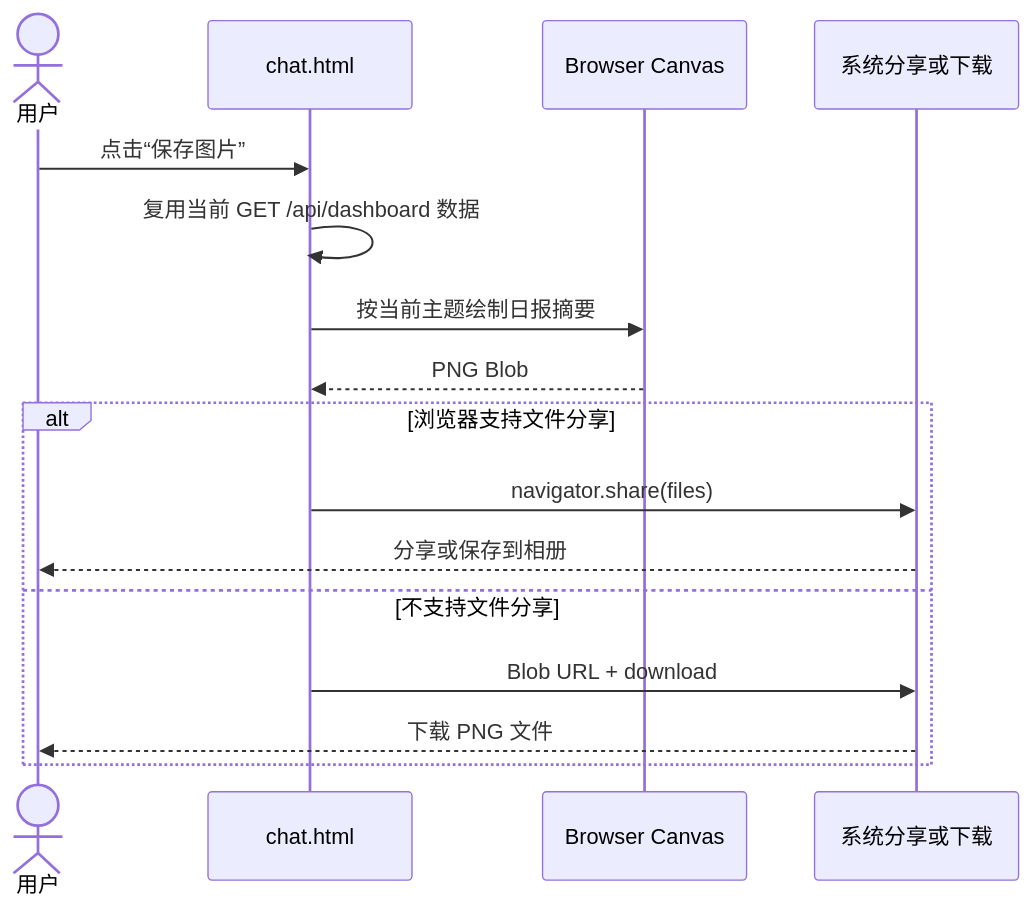
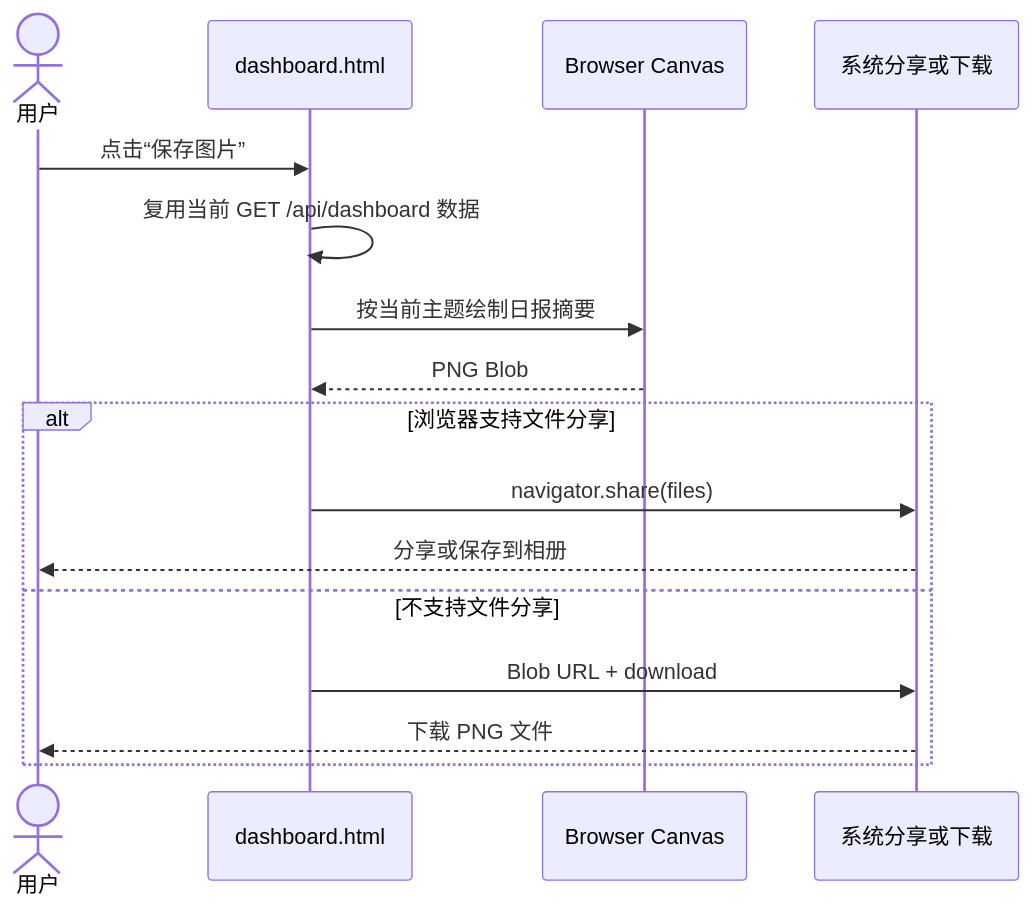
The seventh of 7 diagrams in docs/design/05-data-flow.md (qd1993102/rundown), drawn with Mermaid before and after one commit. The commit also changed other lines of this file and 179 other files, not shown here.

````diff
--- a/docs/design/05-data-flow.md
+++ b/docs/design/05-data-flow.md
@@ -241,19 +254,19 @@
 ```mermaid
 sequenceDiagram
     actor User as 用户
-    participant Web as chat.html
+    participant Web as dashboard.html
     participant Canvas as Browser Canvas
     participant OS as 系统分享或下载
 
     User->>Web: 点击“保存图片”
     Web->>Web: 复用当前 GET /api/dashboard 数据
     Web->>Canvas: 按当前主题绘制日报摘要
     Canvas-->>Web: PNG Blob
     alt 浏览器支持文件分享
         Web->>OS: navigator.share(files)
         OS-->>User: 分享或保存到相册
     else 不支持文件分享
         Web->>OS: Blob URL + download
         OS-->>User: 下载 PNG 文件
     end
 ```
````
